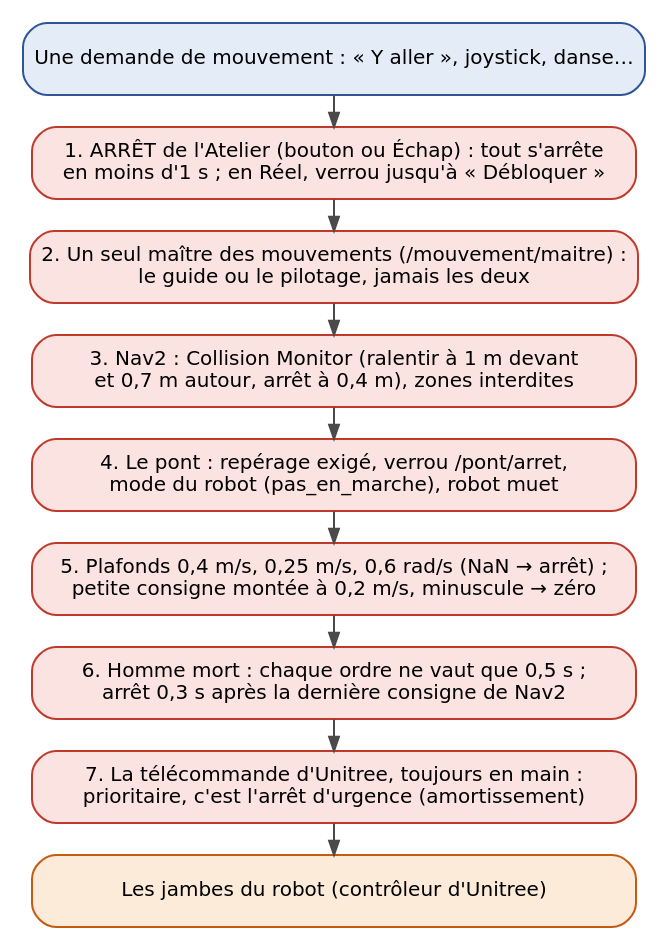
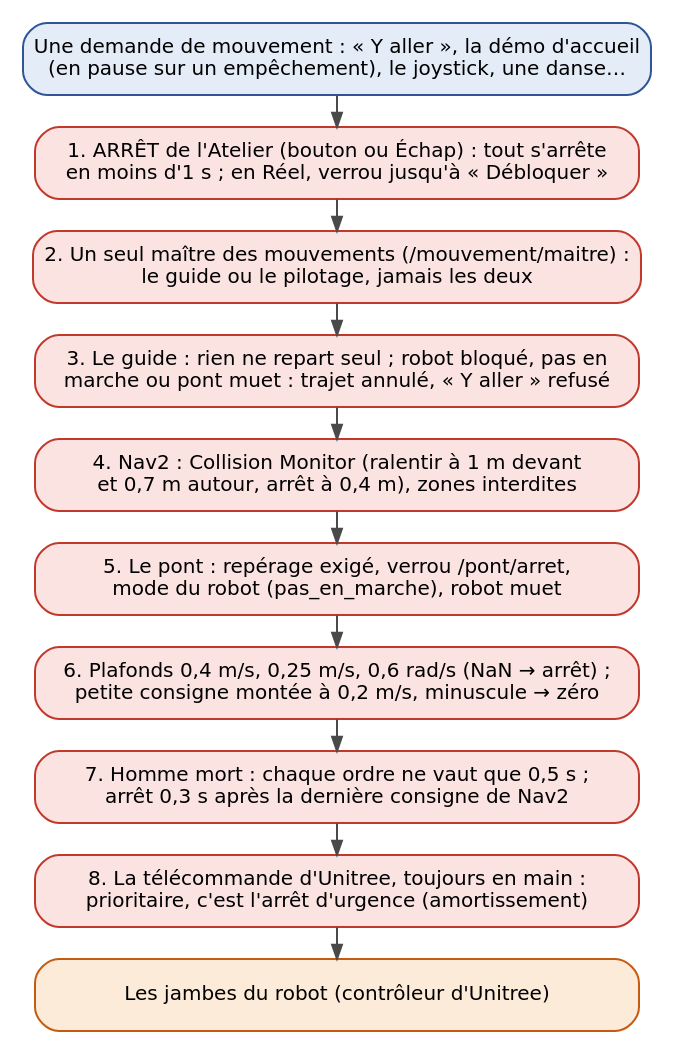
One commit to Toyer719/UnitreeG1edu_ESME changed the diagram in docs/word/sources/logiciel/schemas/securite.dot. Above: the diagram before and after it, drawn with Graphviz. The commit also changed 30 other files, not shown here.

```diff
--- a/docs/word/sources/logiciel/schemas/securite.dot
+++ b/docs/word/sources/logiciel/schemas/securite.dot
@@ -1,17 +1,18 @@
 // Les barrières de sécurité, de la demande aux jambes (chapitre 9)
 digraph securite {
   graph [fontname="DejaVu Sans", fontsize=10.5, rankdir=TB, nodesep=0.35, ranksep=0.22, newrank=true];
   node  [fontname="DejaVu Sans", fontsize=10, shape=box, style="rounded,filled", fillcolor="#FBE3E1", color="#C0392B", margin="0.12,0.05", width=4.2];
   edge  [fontname="DejaVu Sans", fontsize=9, color="#4A4A4A", arrowsize=0.7];
 
-  demande [label="Une demande de mouvement : « Y aller », joystick, danse…", fillcolor="#E3ECF7", color="#2F5597"];
+  demande [label="Une demande de mouvement : « Y aller », la démo d'accueil\n(en pause sur un empêchement), le joystick, une danse…", fillcolor="#E3ECF7", color="#2F5597"];
   arret [label="1. ARRÊT de l'Atelier (bouton ou Échap) : tout s'arrête\nen moins d'1 s ; en Réel, verrou jusqu'à « Débloquer »"];
   maitre [label="2. Un seul maître des mouvements (/mouvement/maitre) :\nle guide ou le pilotage, jamais les deux"];
-  nav [label="3. Nav2 : Collision Monitor (ralentir à 1 m devant\net 0,7 m autour, arrêt à 0,4 m), zones interdites"];
-  pont [label="4. Le pont : repérage exigé, verrou /pont/arret,\nmode du robot (pas_en_marche), robot muet"];
-  plafonds [label="5. Plafonds 0,4 m/s, 0,25 m/s, 0,6 rad/s (NaN → arrêt) ;\npetite consigne montée à 0,2 m/s, minuscule → zéro"];
-  homme [label="6. Homme mort : chaque ordre ne vaut que 0,5 s ;\narrêt 0,3 s après la dernière consigne de Nav2"];
-  tele [label="7. La télécommande d'Unitree, toujours en main :\nprioritaire, c'est l'arrêt d'urgence (amortissement)"];
+  guide [label="3. Le guide : rien ne repart seul ; robot bloqué, pas en\nmarche ou pont muet : trajet annulé, « Y aller » refusé"];
+  nav [label="4. Nav2 : Collision Monitor (ralentir à 1 m devant\net 0,7 m autour, arrêt à 0,4 m), zones interdites"];
+  pont [label="5. Le pont : repérage exigé, verrou /pont/arret,\nmode du robot (pas_en_marche), robot muet"];
+  plafonds [label="6. Plafonds 0,4 m/s, 0,25 m/s, 0,6 rad/s (NaN → arrêt) ;\npetite consigne montée à 0,2 m/s, minuscule → zéro"];
+  homme [label="7. Homme mort : chaque ordre ne vaut que 0,5 s ;\narrêt 0,3 s après la dernière consigne de Nav2"];
+  tele [label="8. La télécommande d'Unitree, toujours en main :\nprioritaire, c'est l'arrêt d'urgence (amortissement)"];
   jambes [label="Les jambes du robot (contrôleur d'Unitree)", fillcolor="#FDEBD9", color="#C55A11"];
-  demande -> arret -> maitre -> nav -> pont -> plafonds -> homme -> tele -> jambes;
+  demande -> arret -> maitre -> guide -> nav -> pont -> plafonds -> homme -> tele -> jambes;
 }
```
